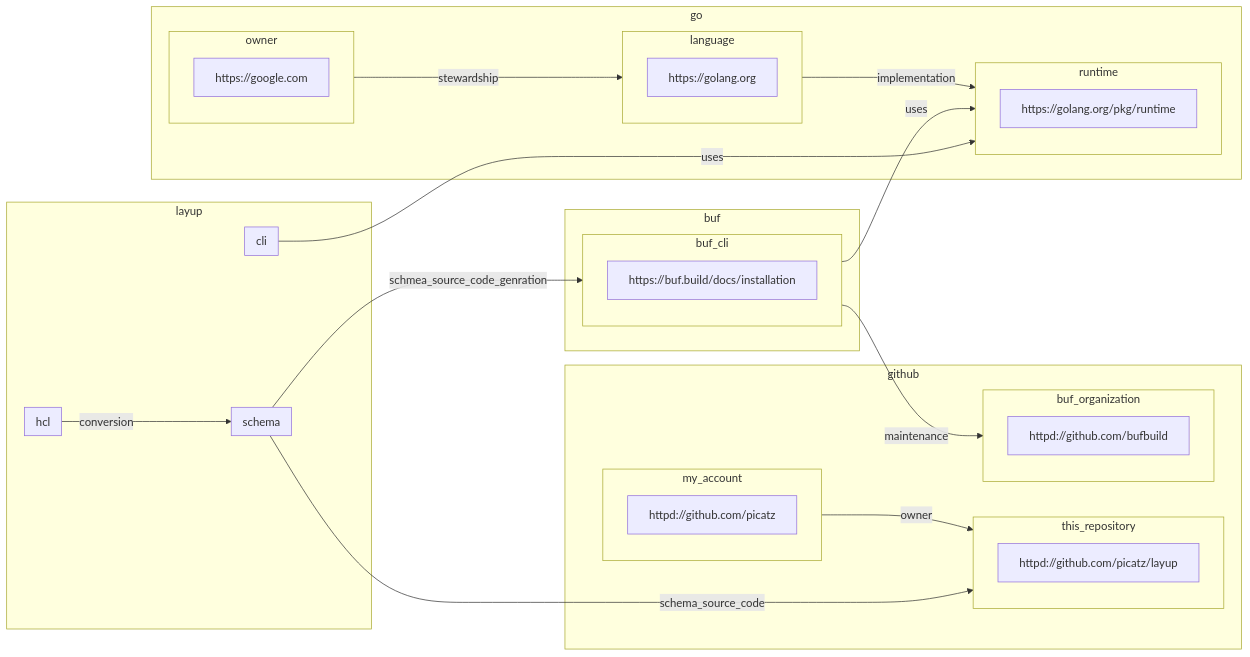
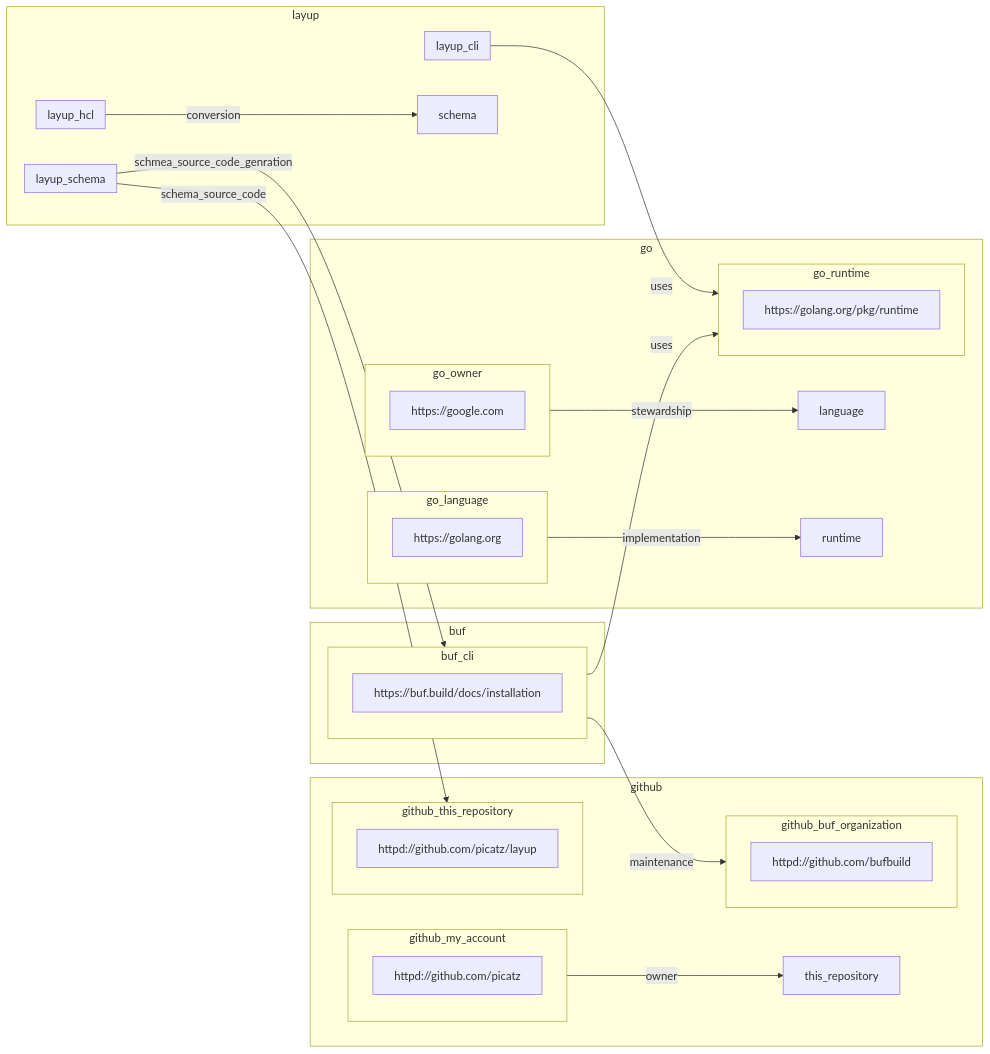
The diagram in README.md (picatz/layup), drawn with Mermaid before and after one commit.

Commit message:
Update README.md
Using the auto-generated Mermaid graph from Layup

````diff
--- a/README.md
+++ b/README.md
@@ -415,58 +415,60 @@
 ```mermaid
 graph LR
-    subgraph github
-        subgraph my_account
-            my_account_url[httpd://github.com/picatz]
-        end
-        subgraph this_repository
-            this_repository_url[httpd://github.com/picatz/layup]
-        end
-        subgraph buf_organization
-            buf_organization_url[httpd://github.com/bufbuild]
-        end
-
-        my_account-->|owner|this_repository 
+  subgraph github
+    subgraph github_my_account
+      github_my_account_url[httpd://github.com/picatz]
     end
 
-    subgraph go
-        subgraph owner
-            owner_url[https://google.com]
-        end
-
-        subgraph language
-            language_url[https://golang.org]
-        end
-
-        subgraph runtime
-            runtime_url[https://golang.org/pkg/runtime]
-        end
-
-        owner-->|stewardship|language
-        language-->|implementation|runtime
+    subgraph github_this_repository
+      github_this_repository_url[httpd://github.com/picatz/layup]
     end
 
-    subgraph buf
-        subgraph buf_cli
-            cli_url[https://buf.build/docs/installation]
-        end
-
-        buf_cli-->|maintenance|buf_organization
-        buf_cli-->|uses|runtime
+    subgraph github_buf_organization
+      github_buf_organization_url[httpd://github.com/bufbuild]
     end
 
-    subgraph layup
-        subgraph schema
-        end
+    github_my_account-->|owner|this_repository
+  end
 
-        subgraph hcl
-        end
+  subgraph go
+    subgraph go_owner
+      go_owner_url[https://google.com]
+    end
 
-        subgraph cli
-        end
+    subgraph go_language
+      go_language_url[https://golang.org]
+    end
 
-        hcl -->|conversion|schema
-        schema -->|schmea_source_code_genration|buf_cli
-        schema -->|schema_source_code|this_repository
-        cli-->|uses|runtime
+    subgraph go_runtime
+      go_runtime_url[https://golang.org/pkg/runtime]
     end
+
+    go_owner-->|stewardship|language
+    go_language-->|implementation|runtime
+  end
+
+  subgraph buf
+    subgraph buf_cli
+      buf_cli_url[https://buf.build/docs/installation]
+    end
+
+    buf_cli-->|maintenance|github_buf_organization
+    buf_cli-->|uses|go_runtime
+  end
+
+  subgraph layup
+    subgraph layup_schema
+    end
+
+    subgraph layup_hcl
+    end
+
+    subgraph layup_cli
+    end
+
+    layup_hcl-->|conversion|schema
+    layup_schema-->|schmea_source_code_genration|buf_cli
+    layup_schema-->|schema_source_code|github_this_repository
+    layup_cli-->|uses|go_runtime
+  end
 ```
````
